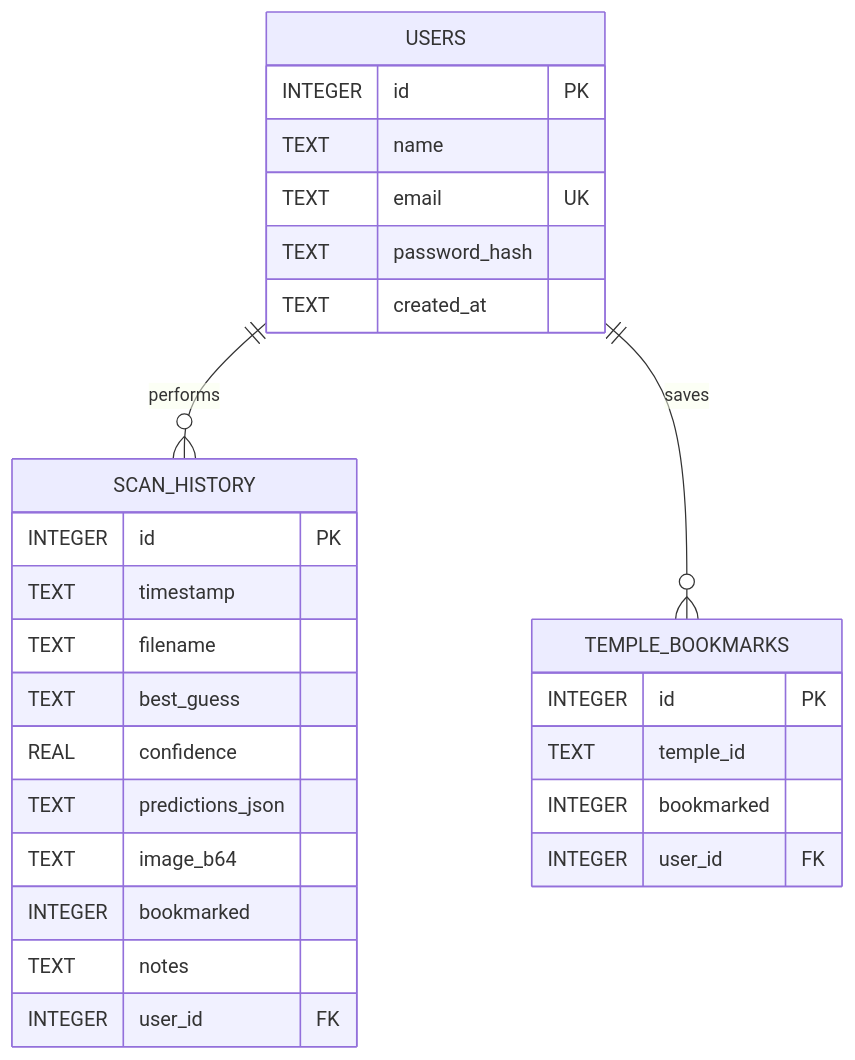
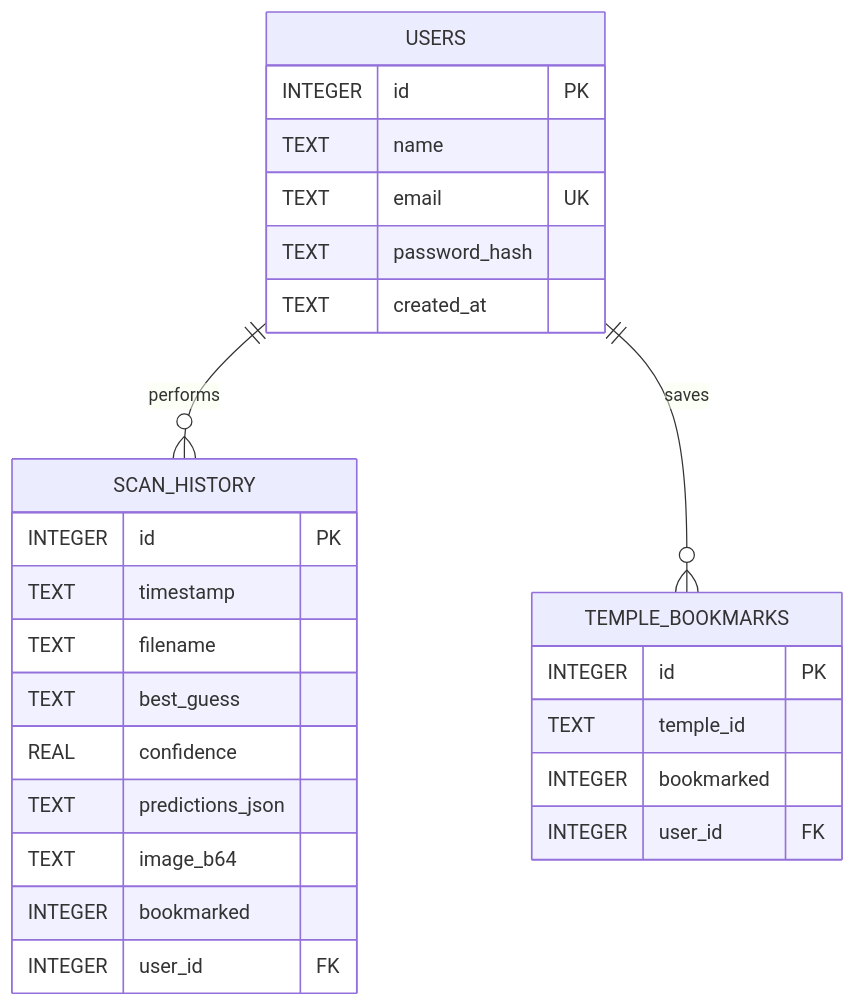
The second of 2 diagrams in README.md (SARAN2006A/Deity_Identification), drawn with Mermaid before and after one commit. The commit also changed other lines of this file and 15 other files, not shown here.

Commit message:
refactor: clean up legacy views, elevate README to industry standard, and optimize demo flow

````diff
--- a/README.md
+++ b/README.md
@@ -247,33 +142,32 @@
 ```mermaid
 erDiagram
     USERS {
         INTEGER id PK
         TEXT name
         TEXT email UK
         TEXT password_hash
         TEXT created_at
     }
 
     SCAN_HISTORY {
         INTEGER id PK
         TEXT timestamp
         TEXT filename
         TEXT best_guess
         REAL confidence
         TEXT predictions_json
         TEXT image_b64
         INTEGER bookmarked
-        TEXT notes
         INTEGER user_id FK
     }
 
     TEMPLE_BOOKMARKS {
         INTEGER id PK
         TEXT temple_id
         INTEGER bookmarked
         INTEGER user_id FK
     }
 
     USERS ||--o{ SCAN_HISTORY : "performs"
     USERS ||--o{ TEMPLE_BOOKMARKS : "saves"
 ```
````
